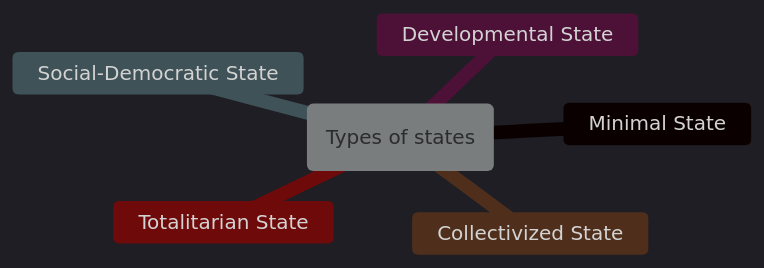
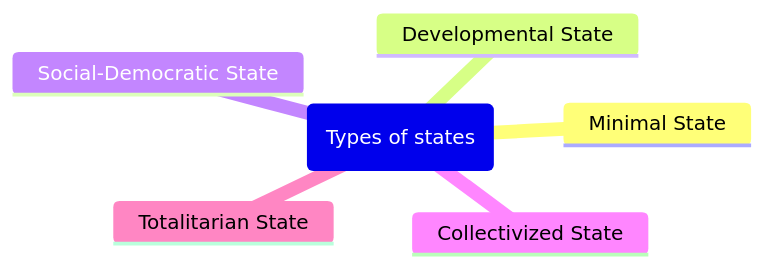
The third of 6 diagrams in src/site/notes/lecture-notes/sem6/ihs/politics/L03.md (godofwarnings/genesis-public), drawn with Mermaid before and after one commit.

Commit message:
Update content src/site/notes/lecture-notes/sem6/ihs/politics/L03.md

````diff
--- a/src/site/notes/lecture-notes/sem6/ihs/politics/L03.md
+++ b/src/site/notes/lecture-notes/sem6/ihs/politics/L03.md
@@ -65,10 +65,9 @@
 ```mermaid
-%%{init: {'theme':'dark'}}%%
 mindmap
   root(Types of states)
 	  Minimal State
 	  Developmental State
 	  Social-Democratic State
 	  Collectivized State
 	  Totalitarian State
 ```
````
